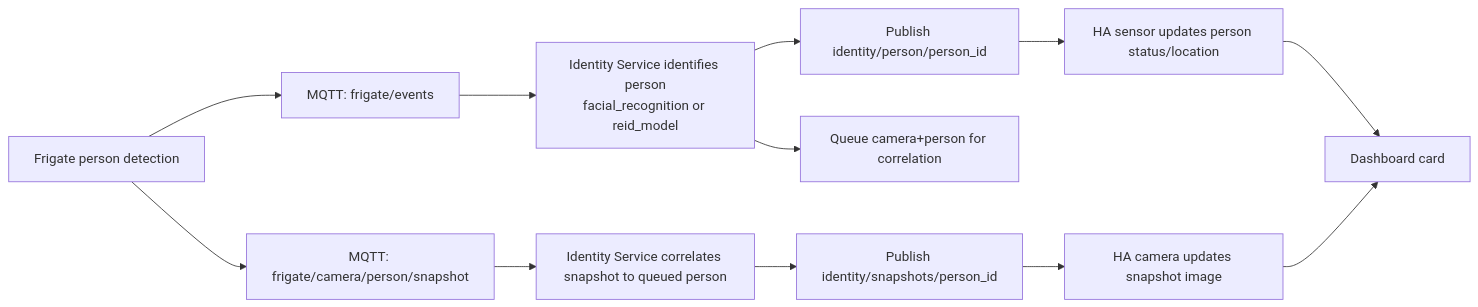
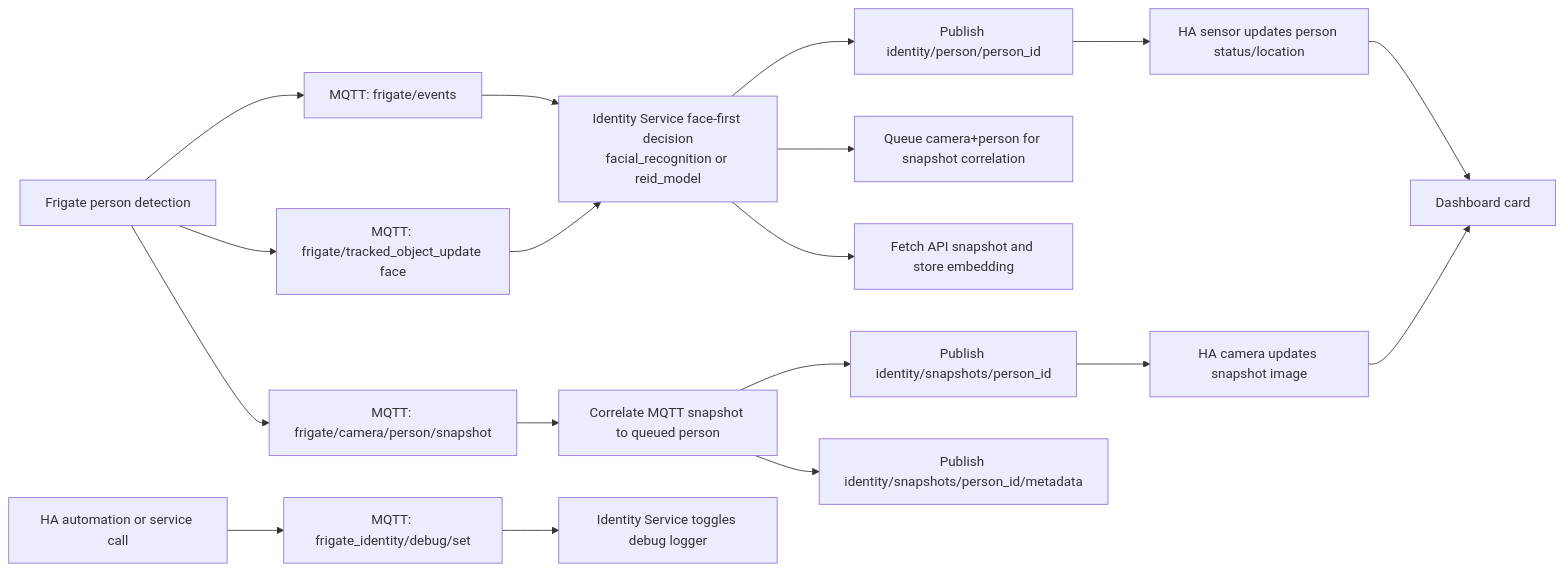
One commit to awayman/frigate_identity_service changed the first of 2 diagrams in README.md. Above: the diagram before and after it, drawn with Mermaid. The commit also changed other lines of this file, not shown here.

Commit message:
feat: Enhance README with detailed architecture and snapshot flow descriptions

````diff
--- a/README.md
+++ b/README.md
@@ -79,18 +98,25 @@
 ```mermaid
 flowchart LR
   A[Frigate person detection] --> B[MQTT: frigate/events]
-  A --> C[MQTT: frigate/camera/person/snapshot]
+  A --> C[MQTT: frigate/tracked_object_update face]
+  A --> D[MQTT: frigate/camera/person/snapshot]
 
-  B --> D[Identity Service identifies person<br/>facial_recognition or reid_model]
-  D --> E[Publish identity/person/person_id]
-  D --> F[Queue camera+person for correlation]
+  B --> E[Identity Service face-first decision<br/>facial_recognition or reid_model]
+  C --> E
+  E --> F[Publish identity/person/person_id]
+  E --> G[Queue camera+person for snapshot correlation]
+  E --> H[Fetch API snapshot and store embedding]
 
-  C --> G[Identity Service correlates snapshot to queued person]
-  G --> H[Publish identity/snapshots/person_id]
+  D --> I[Correlate MQTT snapshot to queued person]
+  I --> J[Publish identity/snapshots/person_id]
+  I --> K[Publish identity/snapshots/person_id/metadata]
 
-  E --> I[HA sensor updates person status/location]
-  H --> J[HA camera updates snapshot image]
+  F --> L[HA sensor updates person status/location]
+  J --> M[HA camera updates snapshot image]
 
-  I --> K[Dashboard card]
-  J --> K
+  L --> N[Dashboard card]
+  M --> N
+
+  O[HA automation or service call] --> P[MQTT: frigate_identity/debug/set]
+  P --> Q[Identity Service toggles debug logger]
 ```
````
